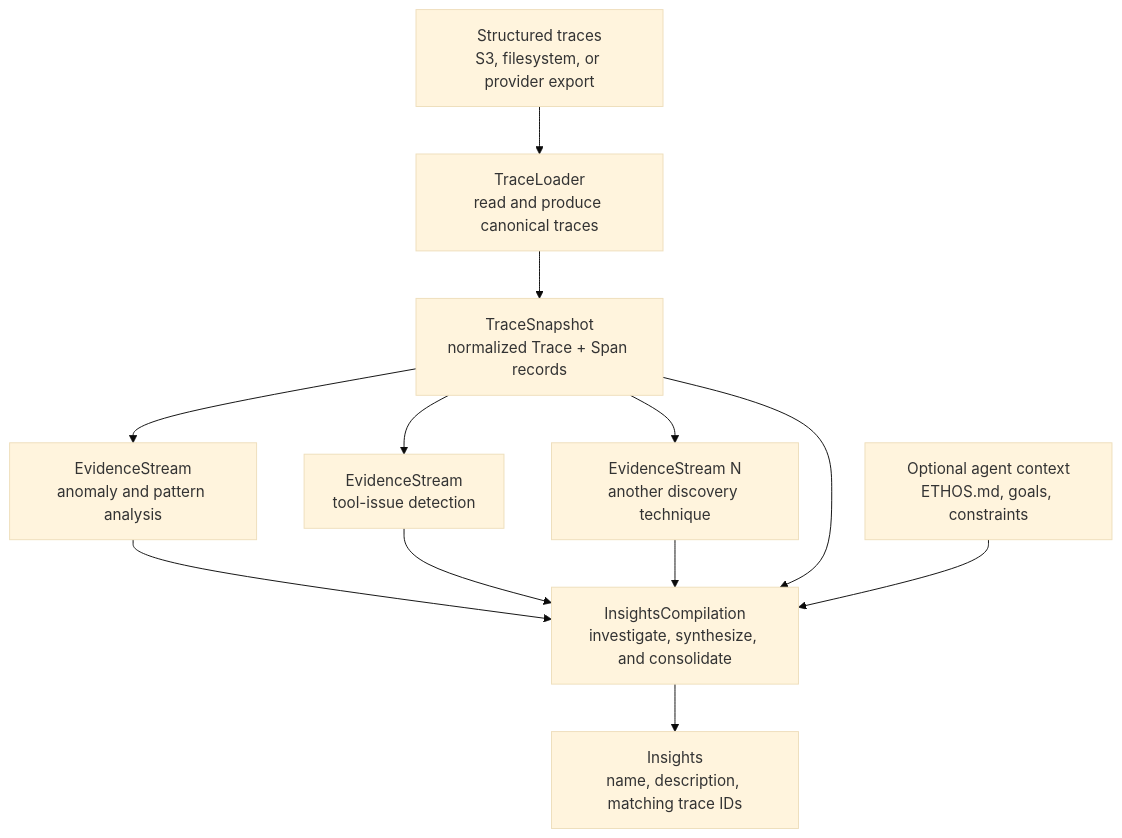
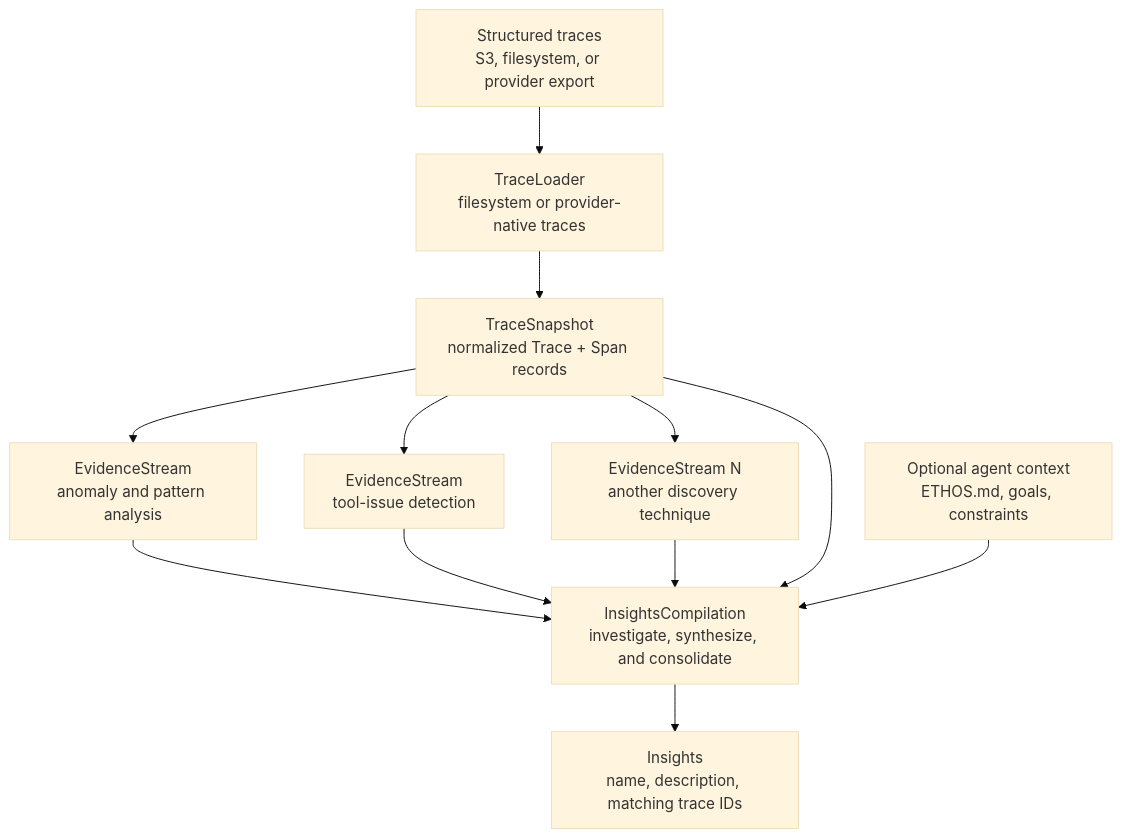
One commit to NVIDIA-NeMo/labs-trace-intel changed the diagram in docs/architecture.md. Above: the diagram before and after it, drawn with Mermaid (base theme). The commit also changed other lines of this file and 19 other files, not shown here.

````diff
--- a/docs/architecture.md
+++ b/docs/architecture.md
@@ -23,22 +26,22 @@
 ```mermaid
 flowchart TB
     source["Structured traces<br/>S3, filesystem, or provider export"]
-    loader["TraceLoader<br/>read and produce canonical traces"]
+    loader["TraceLoader<br/>filesystem or provider-native traces"]
     snapshot["TraceSnapshot<br/>normalized Trace + Span records"]
 
     stream1["EvidenceStream<br/>anomaly and pattern analysis"]
     stream2["EvidenceStream<br/>tool-issue detection"]
     streamN["EvidenceStream N<br/>another discovery technique"]
 
     context["Optional agent context<br/>ETHOS.md, goals, constraints"]
     generation["InsightsCompilation<br/>investigate, synthesize, and consolidate"]
     insights["Insights<br/>name, description, matching trace IDs"]
 
     source --> loader --> snapshot
     snapshot --> stream1 --> generation
     snapshot --> stream2 --> generation
     snapshot --> streamN --> generation
     snapshot --> generation
     context --> generation
     generation --> insights
 ```
````
